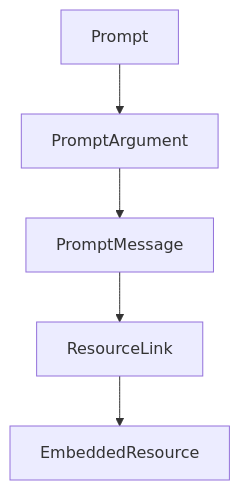
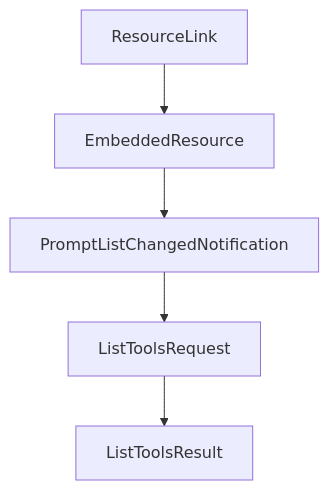
The diagram in tutorials/mcp-specification-tutorial/03-base-protocol-messages-and-schema-contracts.md (johnxie/awesome-code-docs), drawn with Mermaid before and after one commit. The commit also changed other lines of this file and 1232 other files, not shown here.

````diff
--- a/tutorials/mcp-specification-tutorial/03-base-protocol-messages-and-schema-contracts.md
+++ b/tutorials/mcp-specification-tutorial/03-base-protocol-messages-and-schema-contracts.md
@@ -224,12 +222,12 @@
 ```mermaid
 flowchart TD
-    A[Prompt]
-    B[PromptArgument]
-    C[PromptMessage]
-    D[ResourceLink]
-    E[EmbeddedResource]
+    A[ResourceLink]
+    B[EmbeddedResource]
+    C[PromptListChangedNotification]
+    D[ListToolsRequest]
+    E[ListToolsResult]
     A --> B
     B --> C
     C --> D
     D --> E
 ```
````
